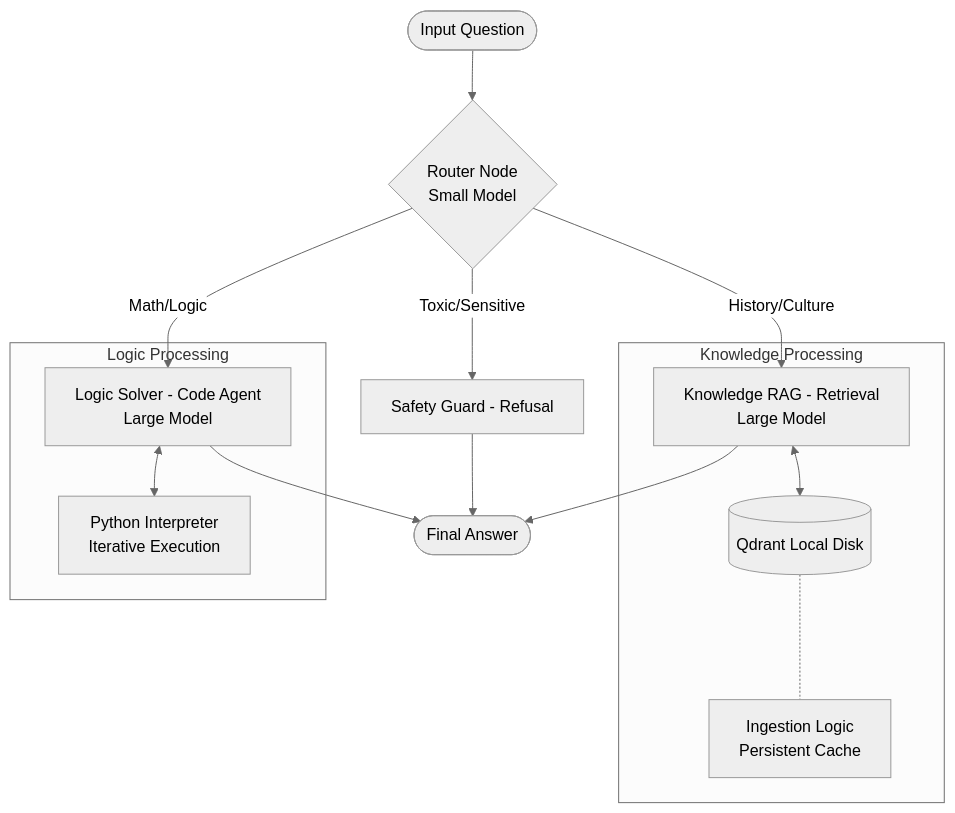
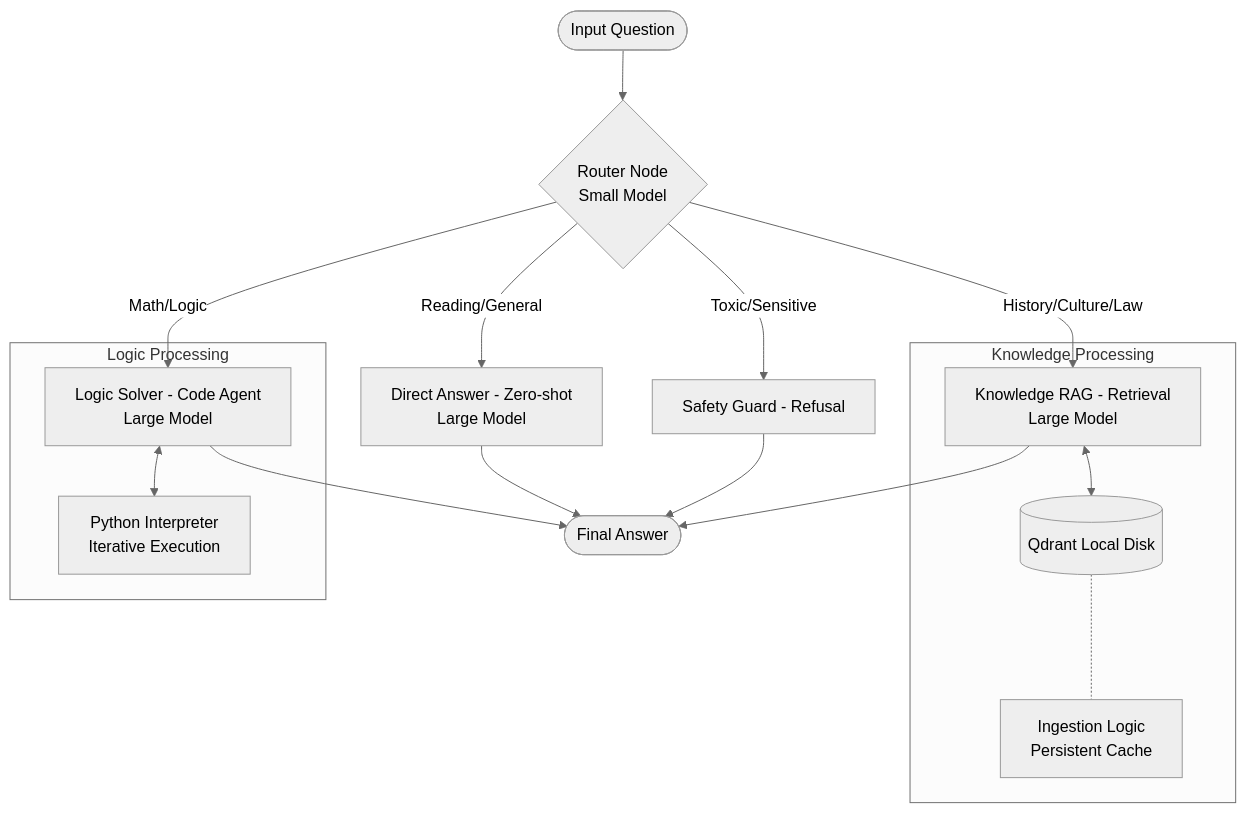
The diagram in README.md (KaitoKidKao/vnpt-ai), drawn with Mermaid (neutral theme) before and after one commit. The commit also changed other lines of this file and 14 other files, not shown here.

Commit message:
feat: Refactor main.py to support JSON data ingestion for questions, enhance answer validation, and implement direct answer handling. Introduce new state management and routing logic for improved question processing.

`````diff
--- a/README.md
+++ b/README.md
@@ -22,21 +25,23 @@
 ```mermaid
 graph TD
     Start([Input Question]) --> RouterNode{Router Node<br/>Small Model}
     
     RouterNode -- "Math/Logic" --> LogicSolver[Logic Solver - Code Agent<br/>Large Model]
-    RouterNode -- "History/Culture" --> KnowledgeRAG[Knowledge RAG - Retrieval<br/>Large Model]
+    RouterNode -- "History/Culture/Law" --> KnowledgeRAG[Knowledge RAG - Retrieval<br/>Large Model]
+    RouterNode -- "Reading/General" --> DirectAnswer[Direct Answer - Zero-shot<br/>Large Model]
     RouterNode -- "Toxic/Sensitive" --> SafetyGuard[Safety Guard - Refusal]
     
     subgraph "Knowledge Processing"
         KnowledgeRAG <--> VectorDB[(Qdrant Local Disk)]
         VectorDB <..- IngestionScript[Ingestion Logic<br/>Persistent Cache]
     end
     
     subgraph "Logic Processing"
         LogicSolver <--> PythonREPL[Python Interpreter<br/>Iterative Execution]
     end
     
     LogicSolver --> End([Final Answer])
     KnowledgeRAG --> End
+    DirectAnswer --> End
     SafetyGuard --> End
 ````
`````
